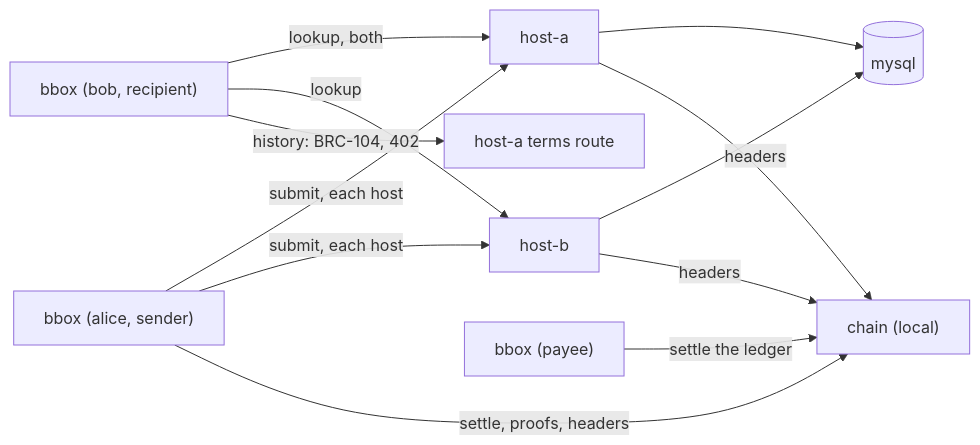
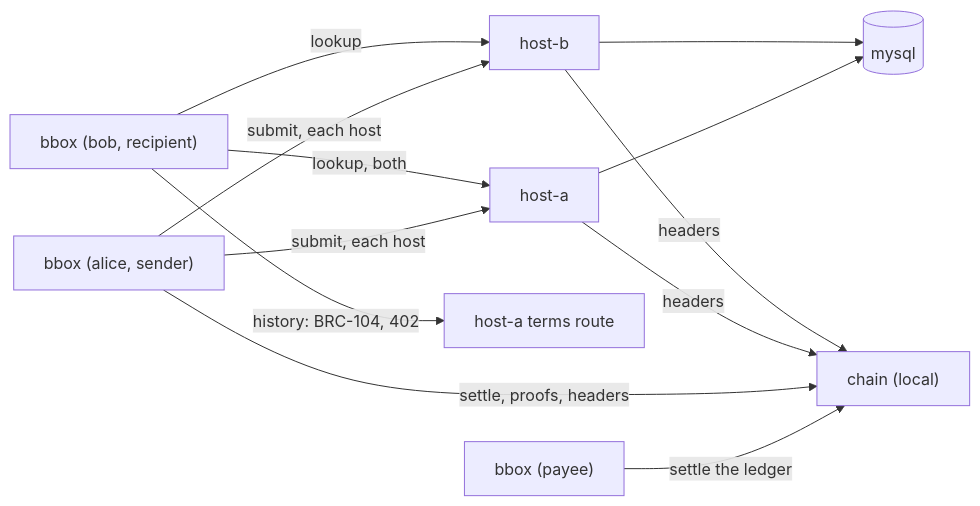
Before and after one commit to lightwebinc/bbox: the diagram in QUICKSTART.md, drawn with Mermaid. The commit also changed 1 other file, not shown here.

Commit message:
[Fix] diagrams: a spacer where the viewer's controls land
The rendered viewer places its zoom and pan panel over a flowchart's
bottom-right corner, and its mermaid build does not read diagramPadding
for flowcharts. An invisible node in the rightmost rank, below its last
node, is what the panel now covers.

````diff
--- a/QUICKSTART.md
+++ b/QUICKSTART.md
@@ -83,14 +83,19 @@
 ```mermaid
 flowchart LR
   A["bbox (alice, sender)"] -->|"submit, each host"| HA["host-a"]
   A -->|"submit, each host"| HB["host-b"]
   B["bbox (bob, recipient)"] -->|"lookup, both"| HA
   B -->|lookup| HB
   B -->|"history: BRC-104, 402"| T["host-a terms route"]
   P["bbox (payee)"] -->|"settle the ledger"| C
   HA --> D[(mysql)]
   HB --> D
   A -->|"settle, proofs, headers"| C["chain (local)"]
   HA -->|headers| C
   HB -->|headers| C
+  %% The last node is an invisible spacer in the rightmost rank: the rendered
+  %% viewer places its zoom and pan controls over the bottom-right corner.
+  HA ~~~ pad
+  pad["&nbsp;<br/>&nbsp;<br/>&nbsp;<br/>&nbsp;<br/>&nbsp;"]:::pad
+  classDef pad fill:none,stroke:none,color:transparent
 ```
````
